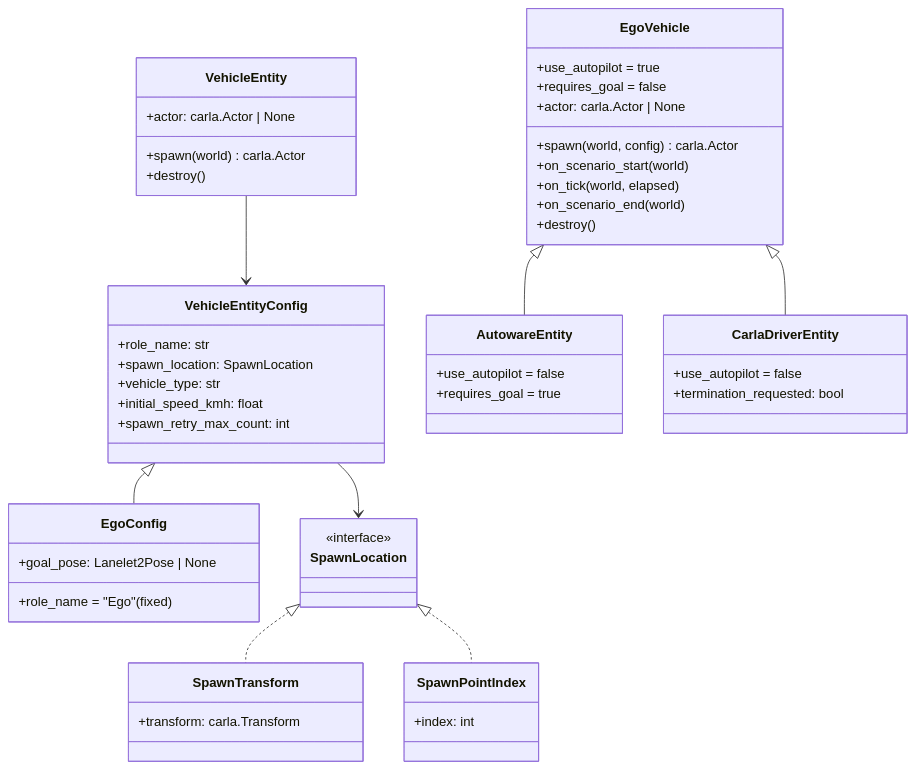
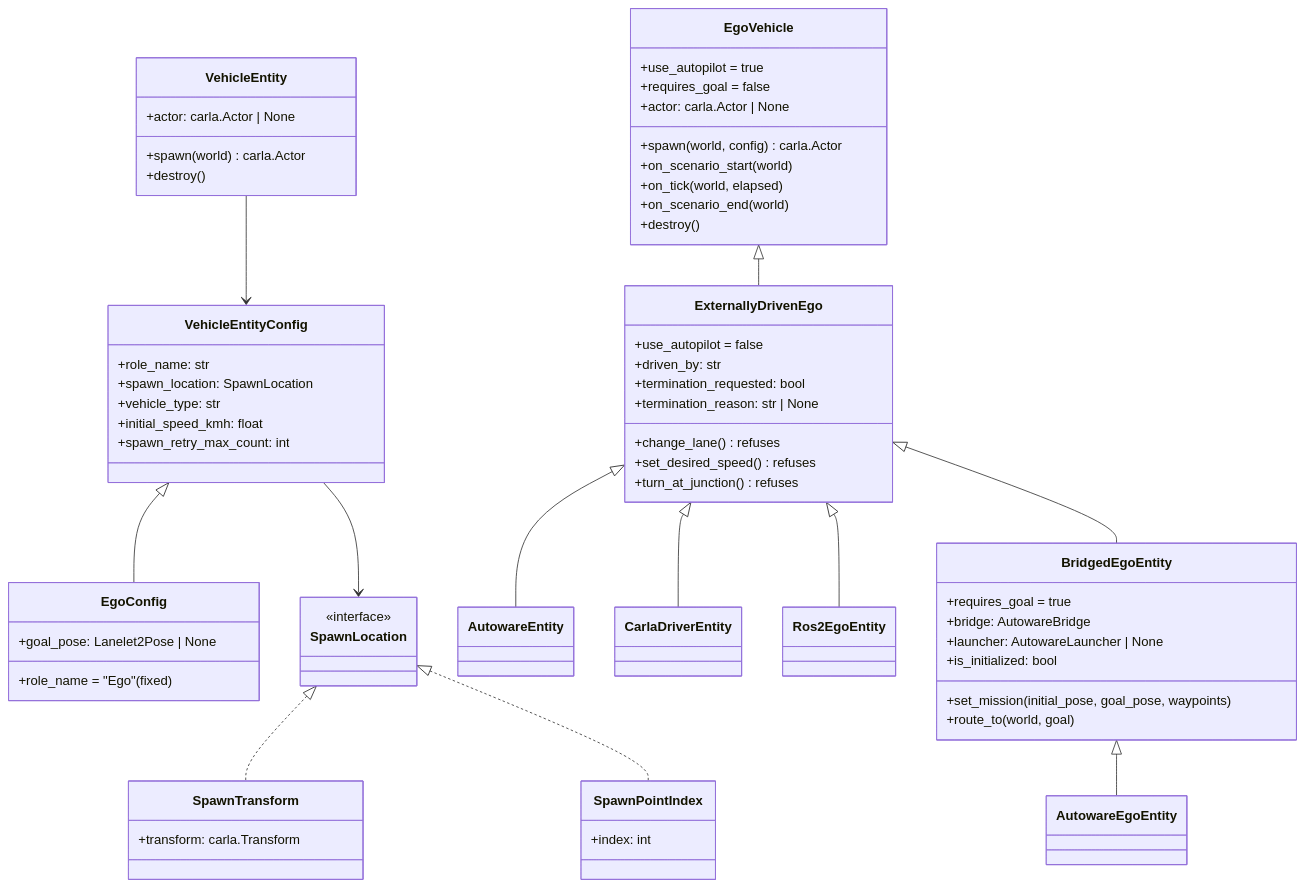
Before and after one commit to autowarefoundation/autoware_carla_scenario: diagram 12 of 14 in autoware_carla_scenario/docs/architecture.md, drawn with Mermaid. The commit also changed other lines of this file and 15 other files, not shown here.

First line of the commit message:
refactor(entity): give the externally driven egos a common base

````diff
--- a/autoware_carla_scenario/docs/architecture.md
+++ b/autoware_carla_scenario/docs/architecture.md
@@ -982,21 +982,42 @@
         +destroy()
     }
 
-    class AutowareEntity {
+    class ExternallyDrivenEgo {
         +use_autopilot = false
-        +requires_goal = true
+        +driven_by: str
+        +termination_requested: bool
+        +termination_reason: str | None
+        +change_lane() refuses
+        +set_desired_speed() refuses
+        +turn_at_junction() refuses
     }
 
-    class CarlaDriverEntity {
-        +use_autopilot = false
-        +termination_requested: bool
+    class AutowareEntity
+
+    class CarlaDriverEntity
+
+    class Ros2EgoEntity
+
+    class BridgedEgoEntity {
+        +requires_goal = true
+        +bridge: AutowareBridge
+        +launcher: AutowareLauncher | None
+        +set_mission(initial_pose, goal_pose, waypoints)
+        +route_to(world, goal)
+        +is_initialized: bool
     }
+
+    class AutowareEgoEntity
 
     VehicleEntityConfig <|-- EgoConfig
     SpawnLocation <|.. SpawnTransform
     SpawnLocation <|.. SpawnPointIndex
     VehicleEntityConfig --> SpawnLocation
     VehicleEntity --> VehicleEntityConfig
-    EgoVehicle <|-- AutowareEntity
-    EgoVehicle <|-- CarlaDriverEntity
+    EgoVehicle <|-- ExternallyDrivenEgo
+    ExternallyDrivenEgo <|-- AutowareEntity
+    ExternallyDrivenEgo <|-- CarlaDriverEntity
+    ExternallyDrivenEgo <|-- Ros2EgoEntity
+    ExternallyDrivenEgo <|-- BridgedEgoEntity
+    BridgedEgoEntity <|-- AutowareEgoEntity
 ```
````
